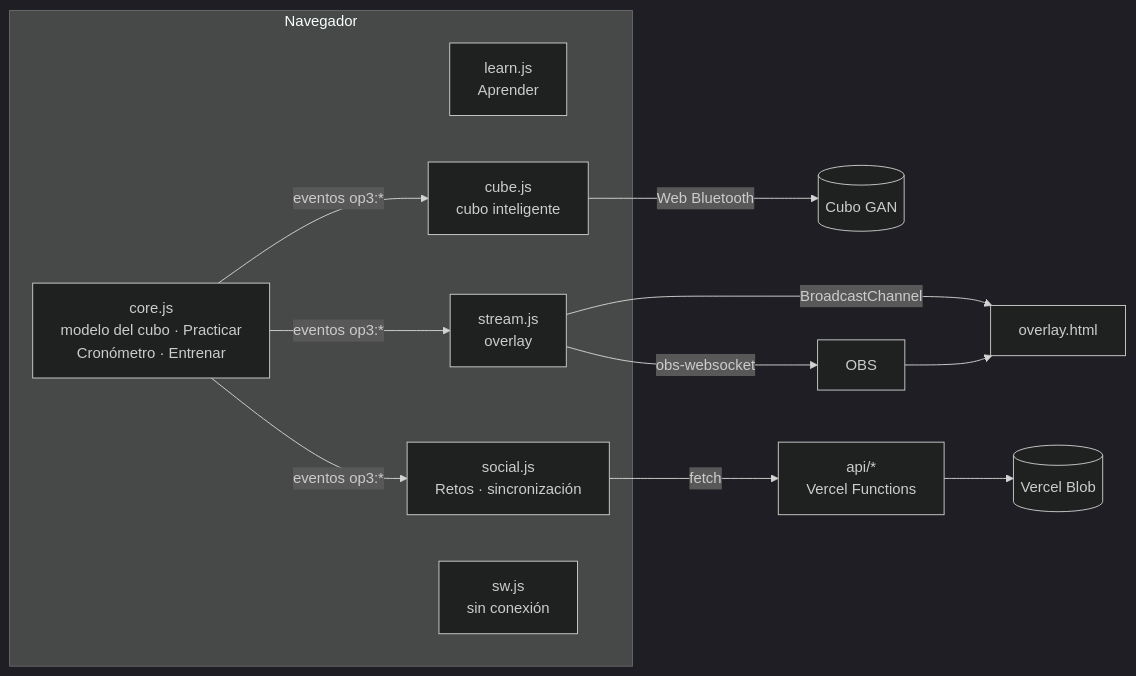
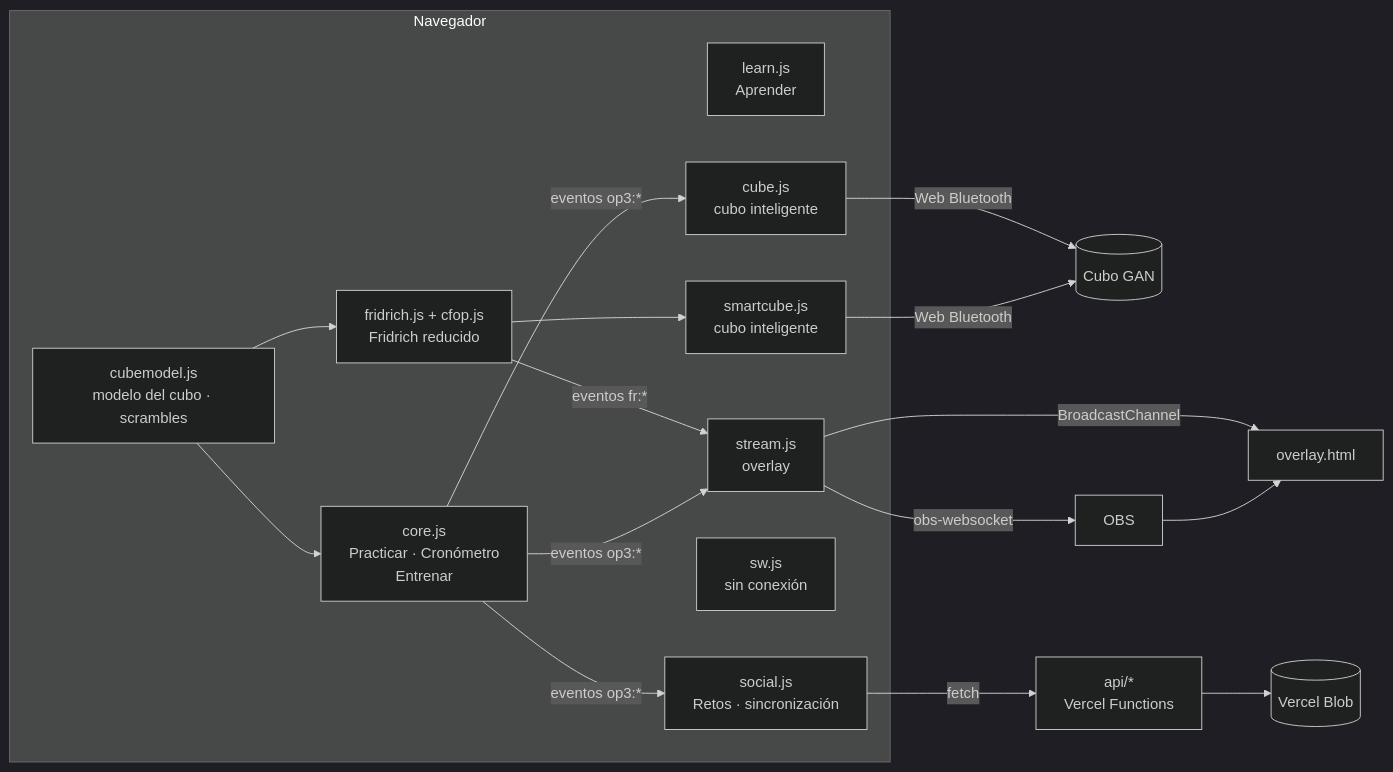
The diagram in README.md (acoidaan/old-pochmann-3bld), drawn with Mermaid (dark theme) before and after one commit. The commit also changed other lines of this file and 28 other files, not shown here.

First line of the commit message:
Fridrich reducido: CFOP en 2 pasos en /fridrich

````diff
--- a/README.md
+++ b/README.md
@@ -187,23 +240,31 @@
 ```mermaid
 flowchart LR
   subgraph nav["Navegador"]
-    core["core.js<br/>modelo del cubo · Practicar<br/>Cronómetro · Entrenar"]
+    model["cubemodel.js<br/>modelo del cubo · scrambles"]
+    core["core.js<br/>Practicar · Cronómetro<br/>Entrenar"]
     learn["learn.js<br/>Aprender"]
     social["social.js<br/>Retos · sincronización"]
     stream["stream.js<br/>overlay"]
     cube["cube.js<br/>cubo inteligente"]
     sw["sw.js<br/>sin conexión"]
+    fr["fridrich.js + cfop.js<br/>Fridrich reducido"]
+    sc["smartcube.js<br/>cubo inteligente"]
   end
   gan[("Cubo GAN")]
   ov["overlay.html"]
   obs["OBS"]
   api["api/*<br/>Vercel Functions"]
   blob[("Vercel Blob")]
+  model --> core
+  model --> fr
   cube -- "Web Bluetooth" --> gan
+  sc -- "Web Bluetooth" --> gan
+  fr --> sc
+  fr -- "eventos fr:*" --> stream
   core -- "eventos op3:*" --> cube
   core -- "eventos op3:*" --> stream
   core -- "eventos op3:*" --> social
   stream -- "BroadcastChannel" --> ov
   stream -- "obs-websocket" --> obs --> ov
   social -- "fetch" --> api --> blob
 ```
````
